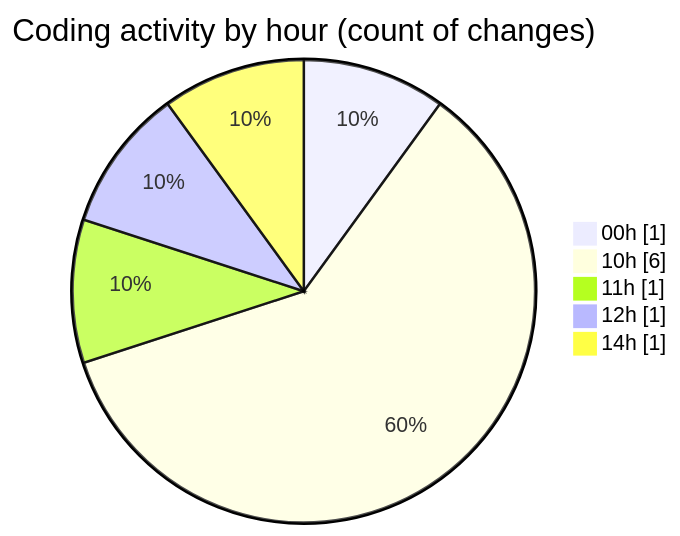
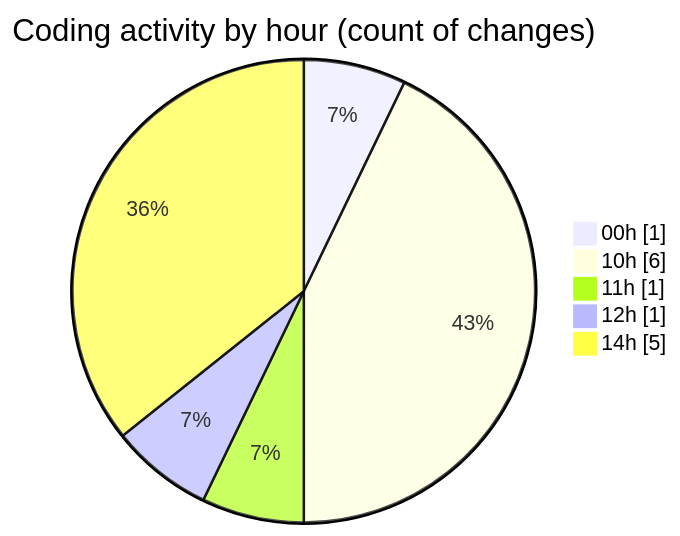
One commit to JenPaints/code-tracking changed the second of 2 diagrams in 2025-07-25/cohera/README.md. Above: the diagram before and after it, drawn with Mermaid. The commit also changed other lines of this file and 1 other file, not shown here.

````diff
--- a/2025-07-25/cohera/README.md
+++ b/2025-07-25/cohera/README.md
@@ -35,9 +38,9 @@
 ```mermaid
 pie showData
 title Coding activity by hour (count of changes)
 "00h" : 1
 "10h" : 6
 "11h" : 1
 "12h" : 1
-"14h" : 1
+"14h" : 5
 ```
````
